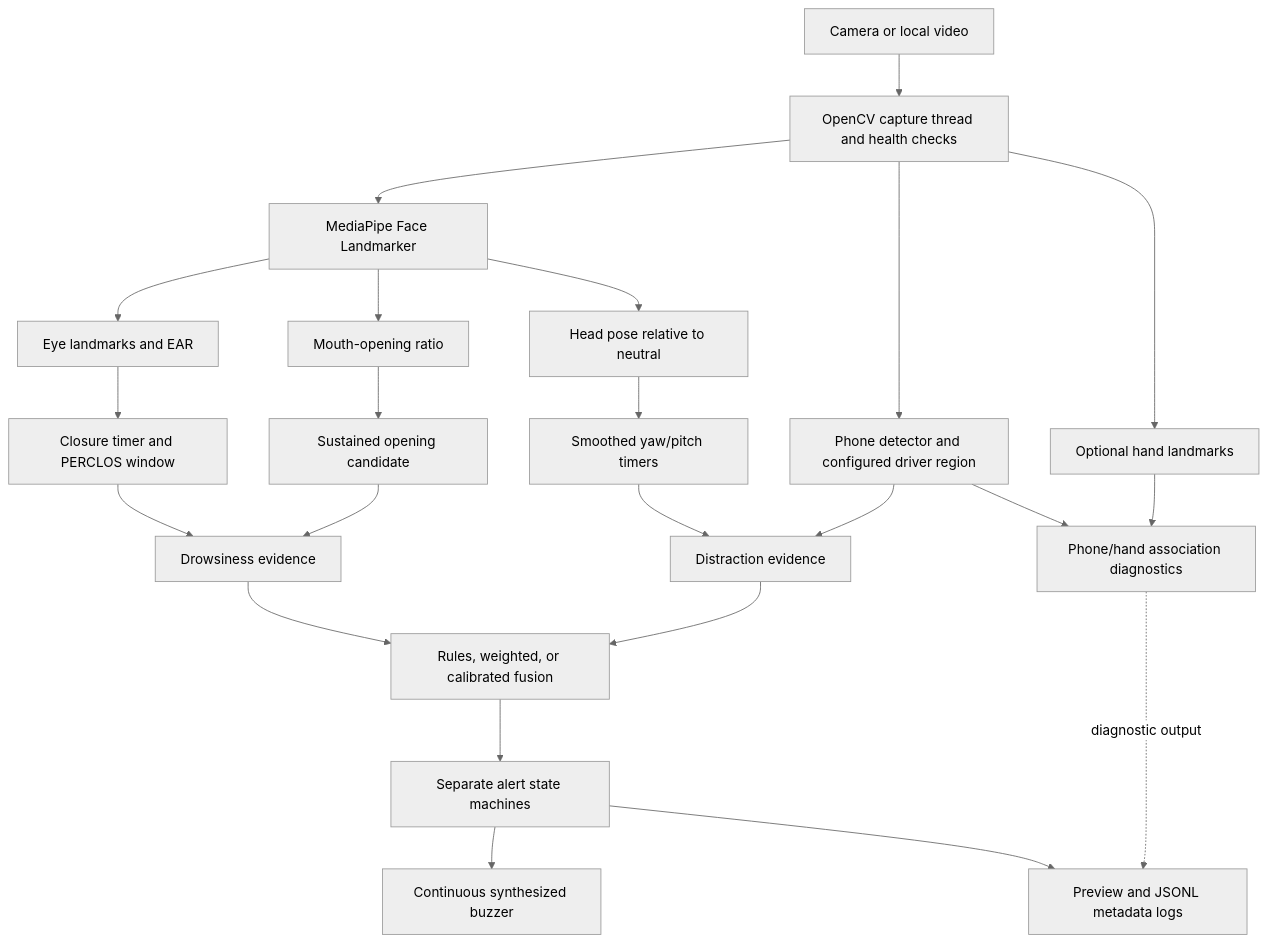
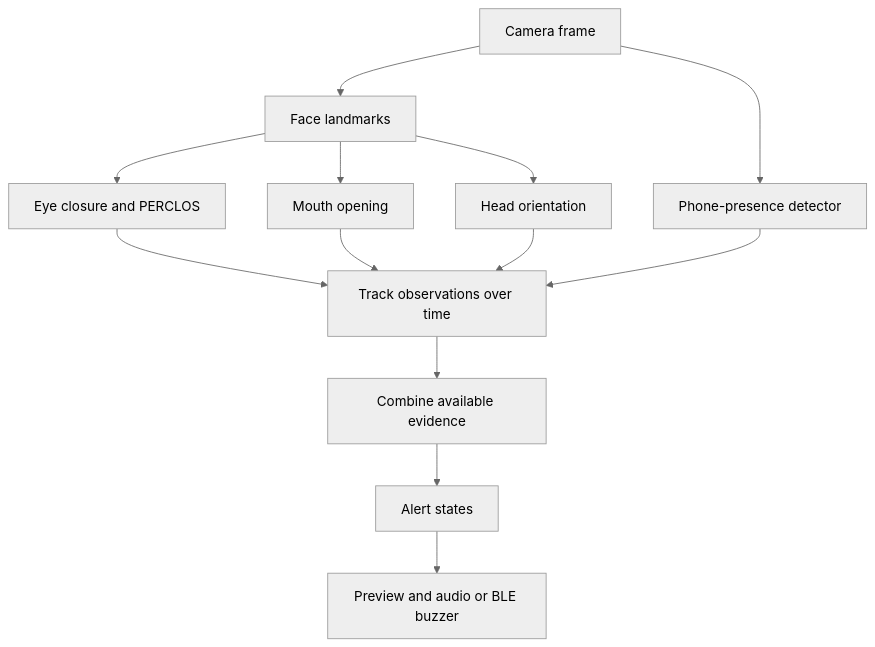
One commit to anantkumarc/DriveSentinel changed the second of 2 diagrams in README.md. Above: the diagram before and after it, drawn with Mermaid (neutral theme). The commit also changed other lines of this file and 1 other file, not shown here.

````diff
--- a/README.md
+++ b/README.md
@@ -128,25 +94,15 @@
 ```mermaid
 flowchart TD
-    Input[Camera or local video] --> Capture[OpenCV capture thread and health checks]
-    Capture --> Face[MediaPipe Face Landmarker]
-    Face --> Eyes[Eye landmarks and EAR]
-    Eyes --> EyeTime[Closure timer and PERCLOS window]
-    EyeTime --> Drowsy[Drowsiness evidence]
-    Face --> Mouth[Mouth-opening ratio]
-    Mouth --> MouthTime[Sustained opening candidate]
-    MouthTime --> Drowsy
-    Face --> Pose[Head pose relative to neutral]
-    Pose --> HeadTime[Smoothed yaw/pitch timers]
-    HeadTime --> Distract[Distraction evidence]
-    Capture --> Phone[Phone detector and configured driver region]
-    Phone --> Distract
-    Capture --> Hands[Optional hand landmarks]
-    Phone --> Assoc[Phone/hand association diagnostics]
-    Hands --> Assoc
-    Drowsy --> Fusion[Rules, weighted, or calibrated fusion]
-    Distract --> Fusion
-    Fusion --> States[Separate alert state machines]
-    States --> Audio[Continuous synthesized buzzer]
-    States --> Outputs[Preview and JSONL metadata logs]
-    Assoc -. diagnostic output .-> Outputs
+    Frame[Camera frame] --> Face[Face landmarks]
+    Face --> Eyes[Eye closure and PERCLOS]
+    Face --> Mouth[Mouth opening]
+    Face --> Head[Head orientation]
+    Frame --> Phone[Phone-presence detector]
+    Eyes --> Time[Track observations over time]
+    Mouth --> Time
+    Head --> Time
+    Phone --> Time
+    Time --> Fusion[Combine available evidence]
+    Fusion --> Alert[Alert states]
+    Alert --> Output[Preview and audio or BLE buzzer]
 ```
````
